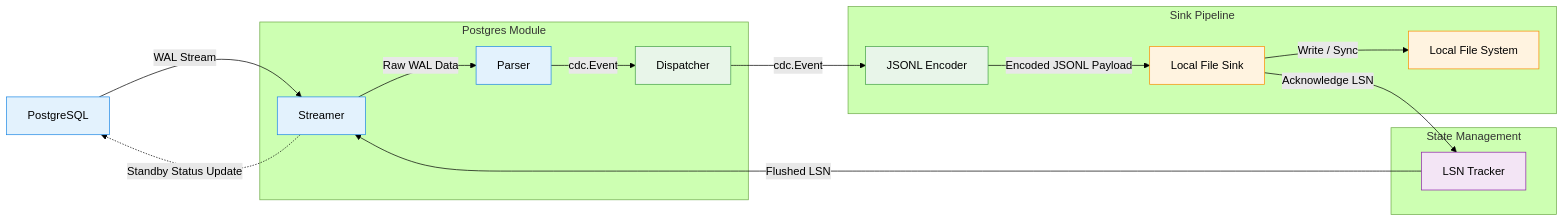
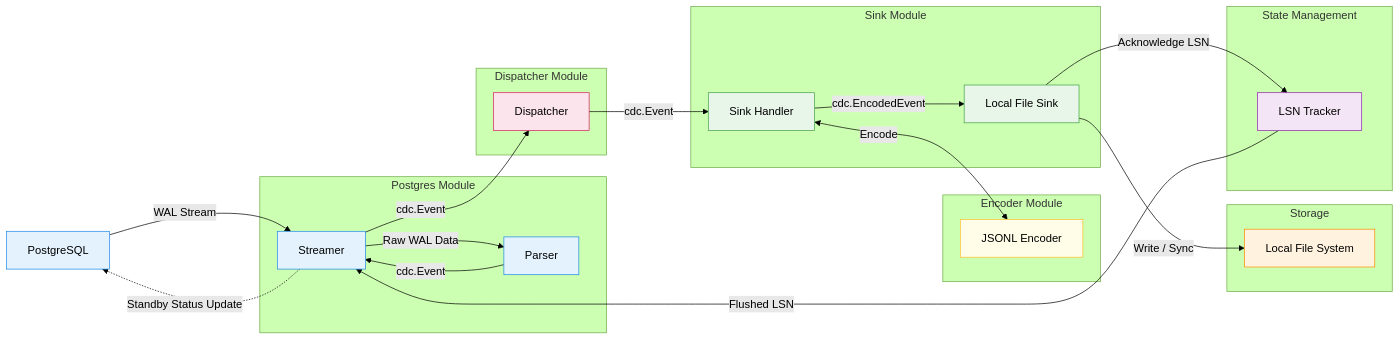
The diagram in readme.md (001AJD/pg-wal-stream), drawn with Mermaid (forest theme) before and after one commit. The commit also changed other lines of this file, not shown here.

````diff
--- a/readme.md
+++ b/readme.md
@@ -25,32 +25,55 @@
 ```mermaid
 graph LR
     PostgresDB[PostgreSQL] -->|WAL Stream| Streamer[Streamer]
 
     subgraph PostgresModule["Postgres Module"]
         Streamer -->|Raw WAL Data| Parser[Parser]
-        Parser -->|cdc.Event| Dispatcher[Dispatcher]
+        Parser -->|cdc.Event| Streamer
     end
 
-    subgraph SinkModule["Sink Pipeline"]
-        Dispatcher -->|cdc.Event| Encoder[JSONL Encoder]
-        Encoder -->|Encoded JSONL Payload| LocalFileSink[Local File Sink]
+    Streamer -->|cdc.Event| Dispatcher[Dispatcher]
+
+    subgraph DispatcherModule["Dispatcher Module"]
+        Dispatcher
+    end
+
+    Dispatcher -->|cdc.Event| SinkHandler[Sink Handler]
+
+    subgraph EncoderModule["Encoder Module"]
+        Encoder[JSONL Encoder]
+    end
+
+    subgraph SinkModule["Sink Module"]
+        SinkHandler
+        LocalFileSink[Local File Sink]
+    end
+
+    SinkHandler <-->|Encode| Encoder
+    SinkHandler -->|cdc.EncodedEvent| LocalFileSink
+
+    subgraph Storage["Storage"]
         LocalFileSink -->|Write / Sync| Disk[Local File System]
     end
 
     subgraph StateManagement["State Management"]
-        LocalFileSink -->|Acknowledge LSN| Tracker[LSN Tracker]
-        Tracker -->|Flushed LSN| Streamer
+        Tracker[LSN Tracker]
     end
 
+    LocalFileSink -->|Acknowledge LSN| Tracker
+    Tracker -->|Flushed LSN| Streamer
     Streamer -.->|Standby Status Update| PostgresDB
 
     classDef postgres fill:#E3F2FD,stroke:#1E88E5,color:#000000
-    classDef pipeline fill:#E8F5E9,stroke:#43A047,color:#000000
+    classDef dispatcher fill:#FCE4EC,stroke:#D81B60,color:#000000
+    classDef sink fill:#E8F5E9,stroke:#43A047,color:#000000
+    classDef encoder fill:#FFFDE7,stroke:#FBC02D,color:#000000
     classDef storage fill:#FFF3E0,stroke:#FB8C00,color:#000000
     classDef state fill:#F3E5F5,stroke:#8E24AA,color:#000000
 
     class PostgresDB,Streamer,Parser postgres
-    class Dispatcher,Encoder pipeline
-    class LocalFileSink,Disk storage
+    class Dispatcher dispatcher
+    class SinkHandler,LocalFileSink sink
+    class Encoder encoder
+    class Disk storage
     class Tracker state
 ```
````
